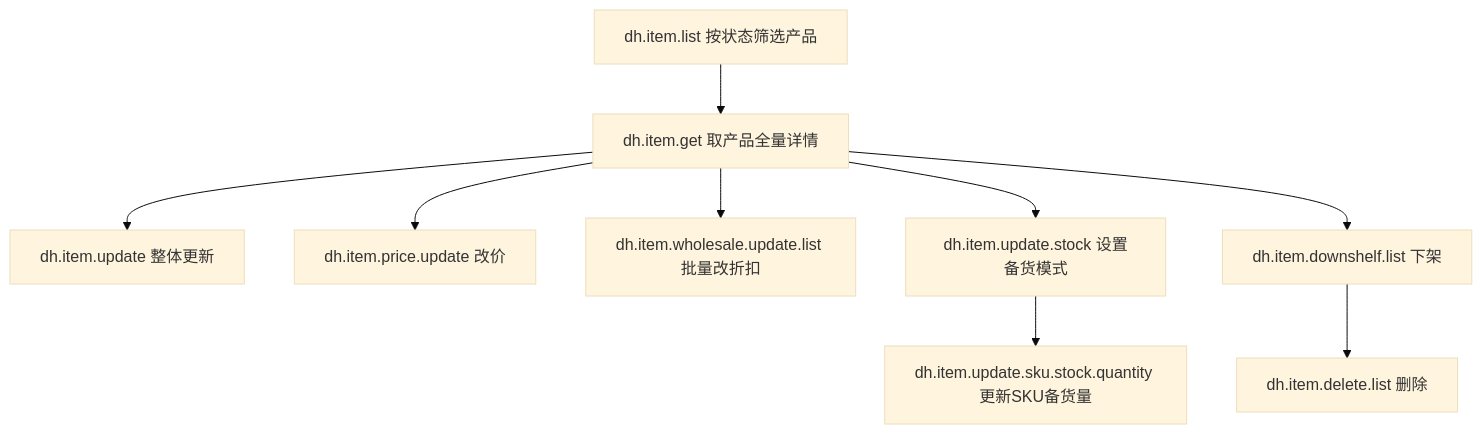
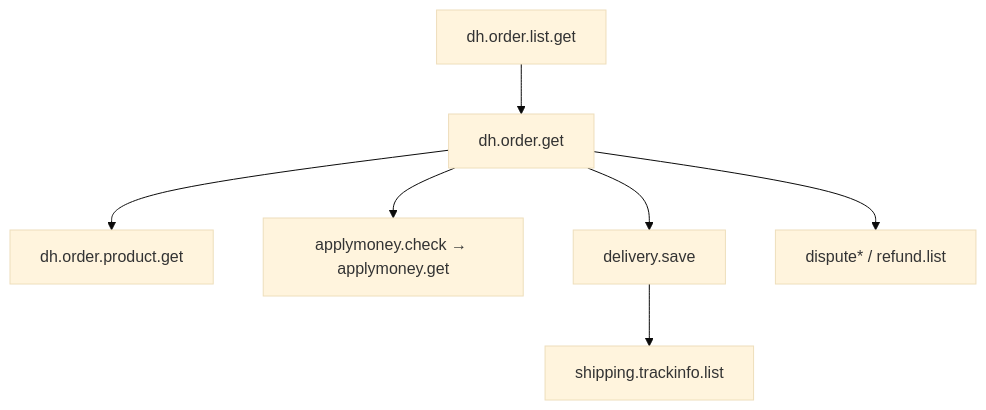
The third of 3 diagrams in hemu_oversea_fastapi/dhgate_API.md (philliu66/hemu_oversea_fullstack), drawn with Mermaid (base theme) before and after one commit. The commit also changed other lines of this file and 86 other files, not shown here.

````diff
--- a/hemu_oversea_fastapi/dhgate_API.md
+++ b/hemu_oversea_fastapi/dhgate_API.md
@@ -1576,11 +4002,9 @@
 ```mermaid
 flowchart TD
-    A["dh.item.list 按状态筛选产品"] --> B["dh.item.get 取产品全量详情"]
-    B --> C["dh.item.update 整体更新"]
-    B --> D["dh.item.price.update 改价"]
-    B --> E["dh.item.wholesale.update.list 批量改折扣"]
-    B --> F["dh.item.update.stock 设置备货模式"]
-    F --> G["dh.item.update.sku.stock.quantity 更新SKU备货量"]
-    B --> H["dh.item.downshelf.list 下架"]
-    H --> I["dh.item.delete.list 删除"]
+    A["dh.order.list.get"] --> B["dh.order.get"]
+    B --> C["dh.order.product.get"]
+    B --> D["applymoney.check → applymoney.get"]
+    B --> E["delivery.save"]
+    E --> F["shipping.trackinfo.list"]
+    B --> G["dispute* / refund.list"]
 ```
````
